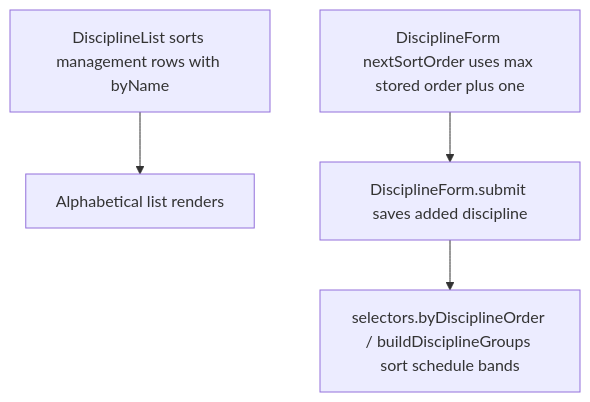
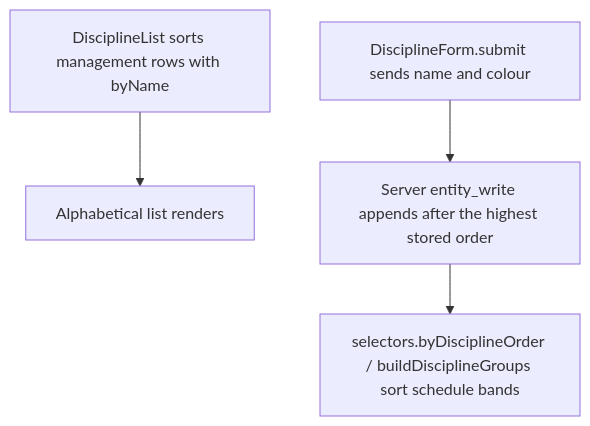
Before and after one commit to Kevinjohn/capacitylens: the second of 2 diagrams in user-stories/disciplines/US-DIS-04-sort-order.md, drawn with Mermaid. The commit also changed other lines of this file and 14 other files, not shown here.

First line of the commit message:
fix(planning): let the server place a new discipline in schedule order

````diff
--- a/user-stories/disciplines/US-DIS-04-sort-order.md
+++ b/user-stories/disciplines/US-DIS-04-sort-order.md
@@ -27,7 +27,7 @@
 ```mermaid
 flowchart TD
   A["DisciplineList sorts management rows with byName"] --> B["Alphabetical list renders"]
-  C["DisciplineForm nextSortOrder uses max stored order plus one"] --> D["DisciplineForm.submit saves added discipline"]
+  C["DisciplineForm.submit sends name and colour"] --> D["Server entity_write appends after the highest stored order"]
   E["selectors.byDisciplineOrder / buildDisciplineGroups sort schedule bands"]
   D --> E
 ```
````
